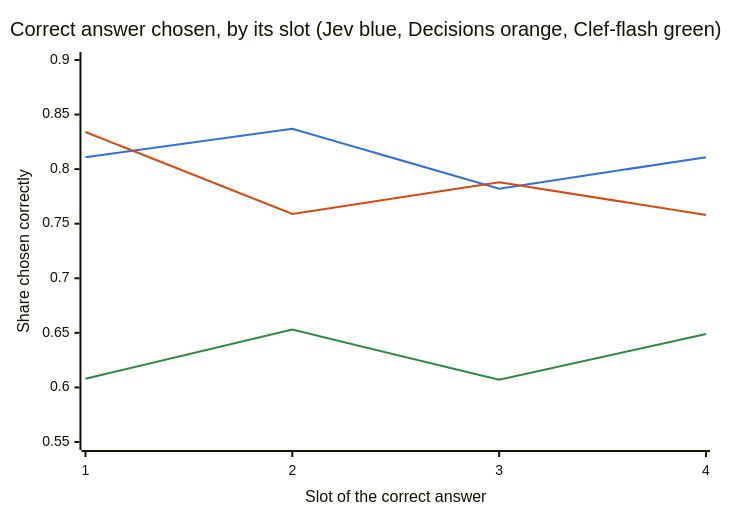
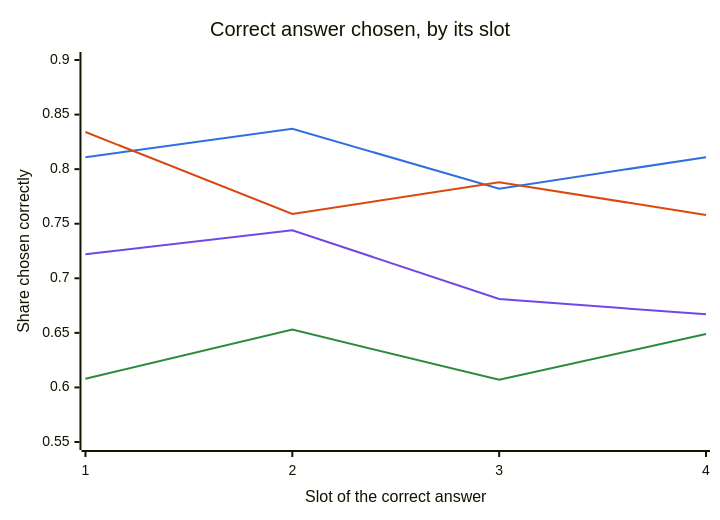
Before and after one commit to dorkitude/order-blind-decisions: the first of 3 diagrams in README.md, drawn with Mermaid. The commit also changed other lines of this file and 16 other files, not shown here.

````diff
--- a/README.md
+++ b/README.md
@@ -47,10 +51,11 @@
 ```mermaid
-%%{init: {"themeVariables": {"xyChart": {"plotColorPalette": "#2f6fdf, #d9480f, #2b8a3e"}}}}%%
+%%{init: {"themeVariables": {"xyChart": {"plotColorPalette": "#2f6fdf, #d9480f, #2b8a3e, #7048e8"}}}}%%
 xychart-beta
-    title "Correct answer chosen, by its slot (Jev blue, Decisions orange, Clef-flash green)"
+    title "Correct answer chosen, by its slot"
     x-axis "Slot of the correct answer" [1, 2, 3, 4]
     y-axis "Share chosen correctly" 0.55 --> 0.90
     line [0.811, 0.837, 0.782, 0.811]
     line [0.834, 0.759, 0.788, 0.758]
     line [0.608, 0.653, 0.607, 0.649]
+    line [0.722, 0.744, 0.681, 0.667]
 ```
````
